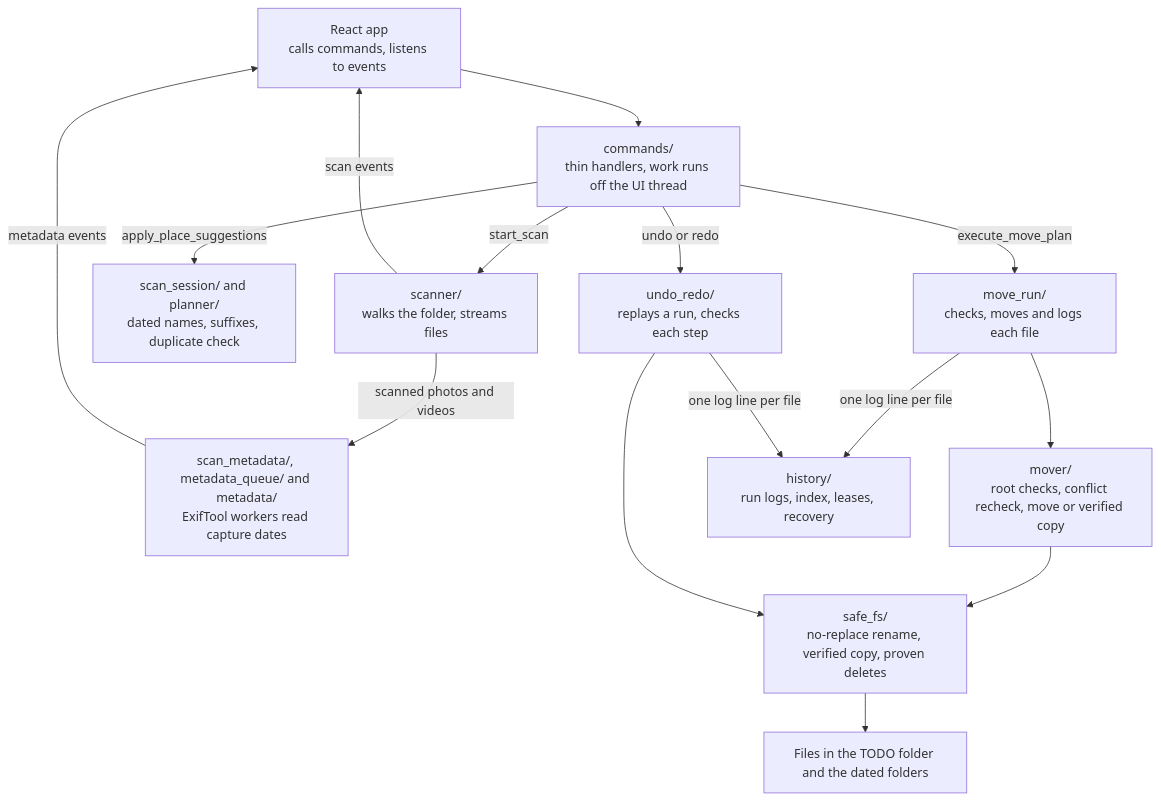
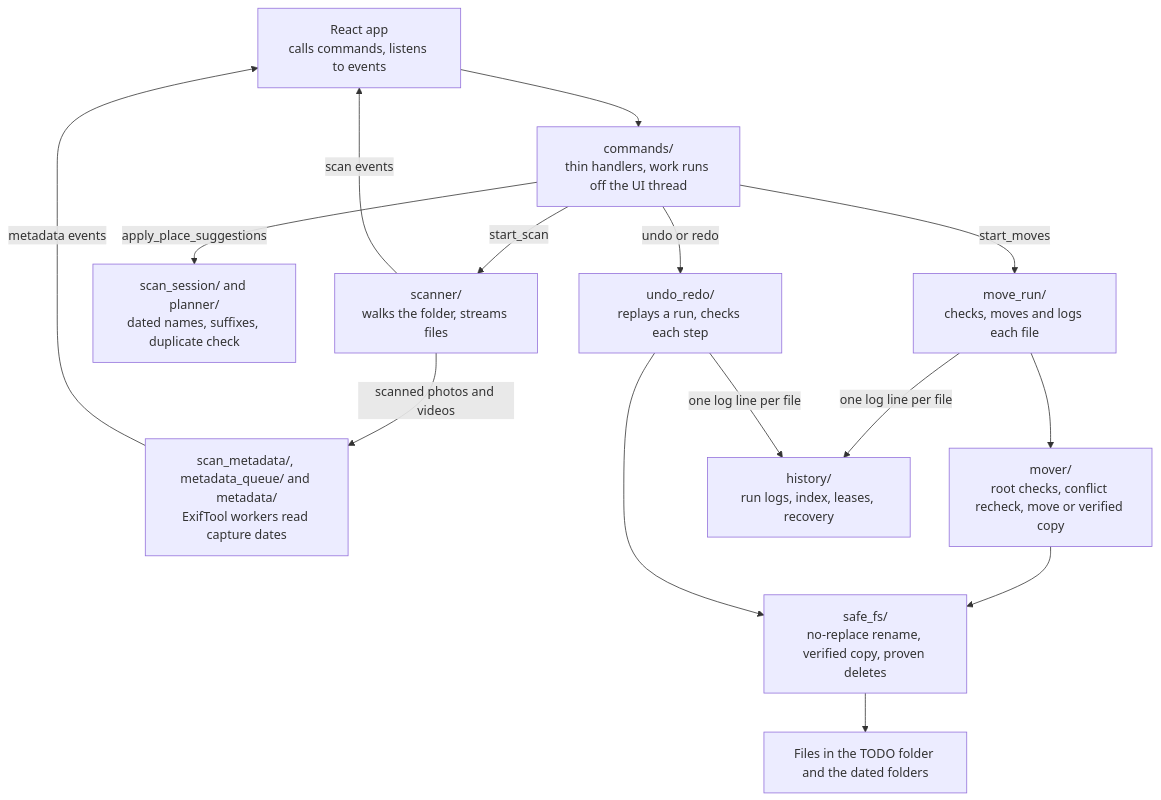
Before and after one commit to oleg-chibikov/media-organizer: the second of 2 diagrams in src-tauri/README.md, drawn with Mermaid. The commit also changed other lines of this file and 38 other files, not shown here.

First line of the commit message:
feat: run confirmed moves in Rust and clean the source when done

````diff
--- a/src-tauri/README.md
+++ b/src-tauri/README.md
@@ -55,16 +55,16 @@
 ```mermaid
 flowchart TD
   ui["React app<br/>calls commands, listens to events"] --> cmd
   cmd["commands/<br/>thin handlers, work runs off the UI thread"] -->|start_scan| scan
   scan["scanner/<br/>walks the folder, streams files"] -->|scan events| ui
   scan -->|scanned photos and videos| meta["scan_metadata/, metadata_queue/ and metadata/<br/>ExifTool workers read capture dates"]
   meta -->|metadata events| ui
   cmd -->|apply_place_suggestions| plan["scan_session/ and planner/<br/>dated names, suffixes, duplicate check"]
-  cmd -->|execute_move_plan| run["move_run/<br/>checks, moves and logs each file"]
+  cmd -->|start_moves| run["move_run/<br/>checks, moves and logs each file"]
   run --> mover["mover/<br/>root checks, conflict recheck, move or verified copy"]
   cmd -->|undo or redo| replay["undo_redo/<br/>replays a run, checks each step"]
   mover --> safe["safe_fs/<br/>no-replace rename, verified copy, proven deletes"]
   replay --> safe
   run & replay -->|one log line per file| hist["history/<br/>run logs, index, leases, recovery"]
   safe --> disk["Files in the TODO folder and the dated folders"]
 ```
````
